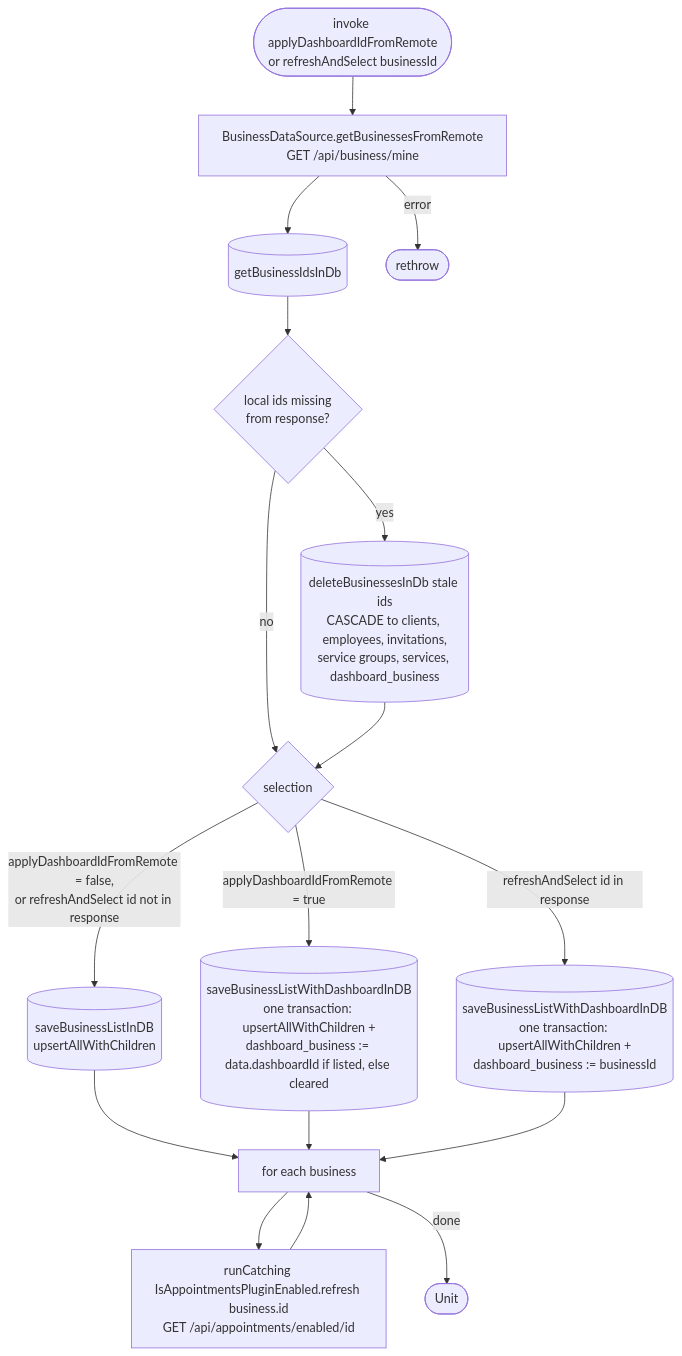
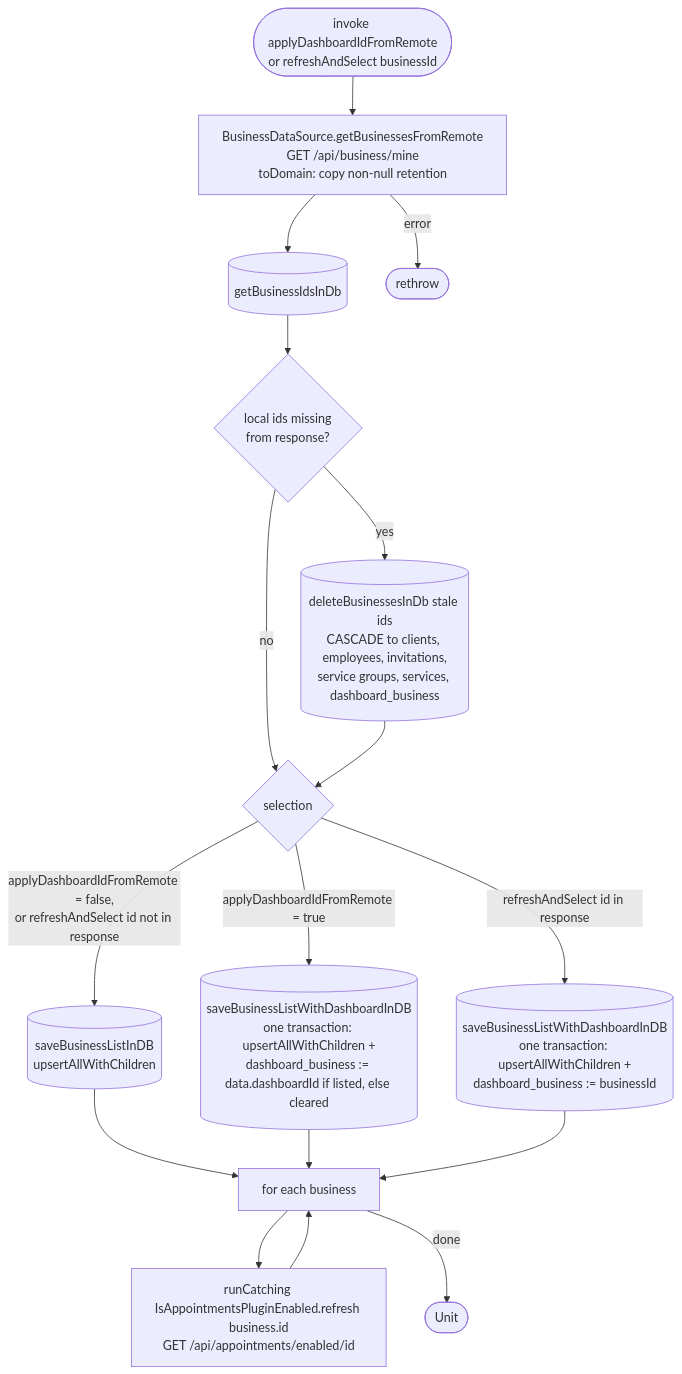
The diagram in docs/operations/business/refresh-business-info.md (nocturneproperties/bookkme-client), drawn with Mermaid before and after one commit. The commit also changed other lines of this file and 30 other files, not shown here.

Commit message:
[ISSUE-119] add ability to change data retention term

````diff
--- a/docs/operations/business/refresh-business-info.md
+++ b/docs/operations/business/refresh-business-info.md
@@ -36,19 +37,19 @@
 ```mermaid
 flowchart TD
-    Start([invoke applyDashboardIdFromRemote<br/>or refreshAndSelect businessId]) --> Net[BusinessDataSource.getBusinessesFromRemote<br/>GET /api/business/mine]
+    Start([invoke applyDashboardIdFromRemote<br/>or refreshAndSelect businessId]) --> Net[BusinessDataSource.getBusinessesFromRemote<br/>GET /api/business/mine<br/>toDomain: copy non-null retention]
     Net --> Ids[(getBusinessIdsInDb)]
     Ids --> Stale{local ids missing<br/>from response?}
     Stale -- yes --> Del[(deleteBusinessesInDb stale ids<br/>CASCADE to clients, employees, invitations,<br/>service groups, services, dashboard_business)]
     Stale -- no --> Mode
     Del --> Mode{selection}
     Mode -- "applyDashboardIdFromRemote = false,<br/>or refreshAndSelect id not in response" --> Save[(saveBusinessListInDB<br/>upsertAllWithChildren)]
     Mode -- "applyDashboardIdFromRemote = true" --> SaveRemote[(saveBusinessListWithDashboardInDB<br/>one transaction: upsertAllWithChildren +<br/>dashboard_business := data.dashboardId if listed, else cleared)]
     Mode -- "refreshAndSelect id in response" --> SaveSel[(saveBusinessListWithDashboardInDB<br/>one transaction: upsertAllWithChildren +<br/>dashboard_business := businessId)]
     Save --> Loop[for each business]
     SaveRemote --> Loop
     SaveSel --> Loop
     Loop --> Plug[runCatching IsAppointmentsPluginEnabled.refresh business.id<br/>GET /api/appointments/enabled/id]
     Plug --> Loop
     Loop -- done --> R([Unit])
     Net -- error --> EX([rethrow])
 ```
````
